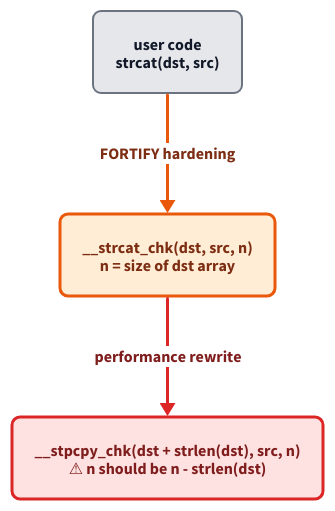
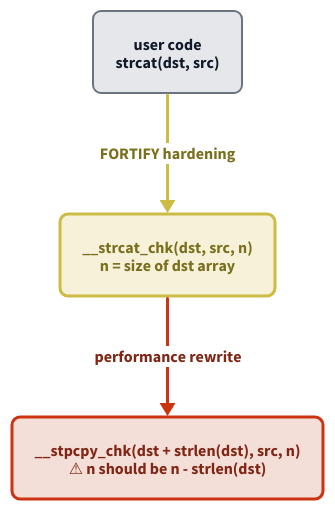
Before and after one commit to zjy-dev/de-fuzz: the diagram in docs/开题报告/assets/ch5-experiment/fortify-path.en.d2, drawn with D2. The commit also changed 42 other files, not shown here.

First line of the commit message:
docs: unify proposal figure palette

```diff
--- a/docs/开题报告/assets/ch5-experiment/fortify-path.en.d2
+++ b/docs/开题报告/assets/ch5-experiment/fortify-path.en.d2
@@ -1,33 +1,33 @@
 # Figure 7 — _FORTIFY_SOURCE size silent loosening (English)
 # render: d2 --layout=dagre --pad=24 fortify-path.en.d2 fortify-path.en.svg
 
 direction: down
 
 n1: "user code\nstrcat(dst, src)" {
   style: {
     fill: "#E5E7EB"; stroke: "#6B7280"; stroke-width: 2
     font-color: "#111827"; border-radius: 8
   }
 }
 
 n2: "__strcat_chk(dst, src, n)\nn = size of dst array" {
   style: {
-    fill: "#FFEDD5"; stroke: "#EA580C"; stroke-width: 3
-    font-color: "#7C2D12"; border-radius: 8; bold: true
+    fill: "#F6F1D8"; stroke: "#CCBB44"; stroke-width: 3
+    font-color: "#7A6F1D"; border-radius: 8; bold: true
   }
 }
 
 n3: "__stpcpy_chk(dst + strlen(dst), src, n)\n⚠ n should be n - strlen(dst)" {
   style: {
-    fill: "#FEE2E2"; stroke: "#DC2626"; stroke-width: 3
-    font-color: "#7F1D1D"; border-radius: 8; bold: true
+    fill: "#F4DFD8"; stroke: "#CC3311"; stroke-width: 3
+    font-color: "#7F2615"; border-radius: 8; bold: true
   }
 }
 
 n1 -> n2: "FORTIFY hardening" {
-  style: { stroke: "#EA580C"; stroke-width: 3; font-color: "#7C2D12"; bold: true }
+  style: { stroke: "#CCBB44"; stroke-width: 3; font-color: "#7A6F1D"; bold: true }
 }
 
 n2 -> n3: "performance rewrite" {
-  style: { stroke: "#DC2626"; stroke-width: 3; font-color: "#7F1D1D"; bold: true }
+  style: { stroke: "#CC3311"; stroke-width: 3; font-color: "#7F2615"; bold: true }
 }
```
